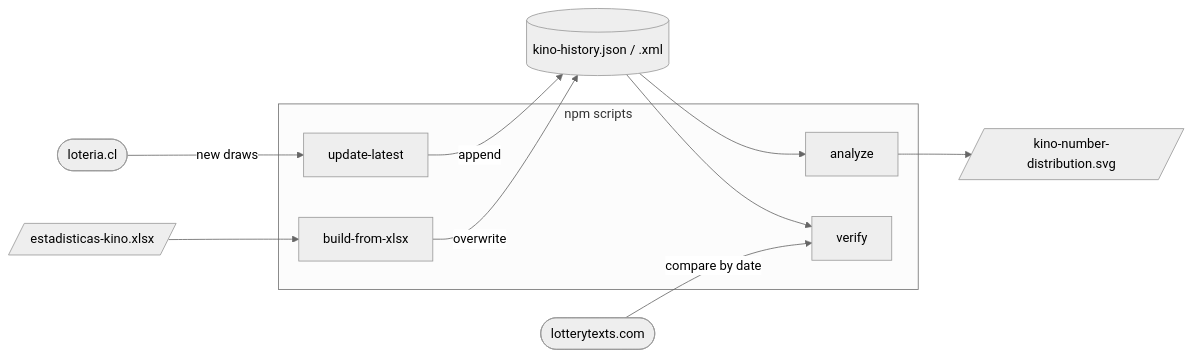
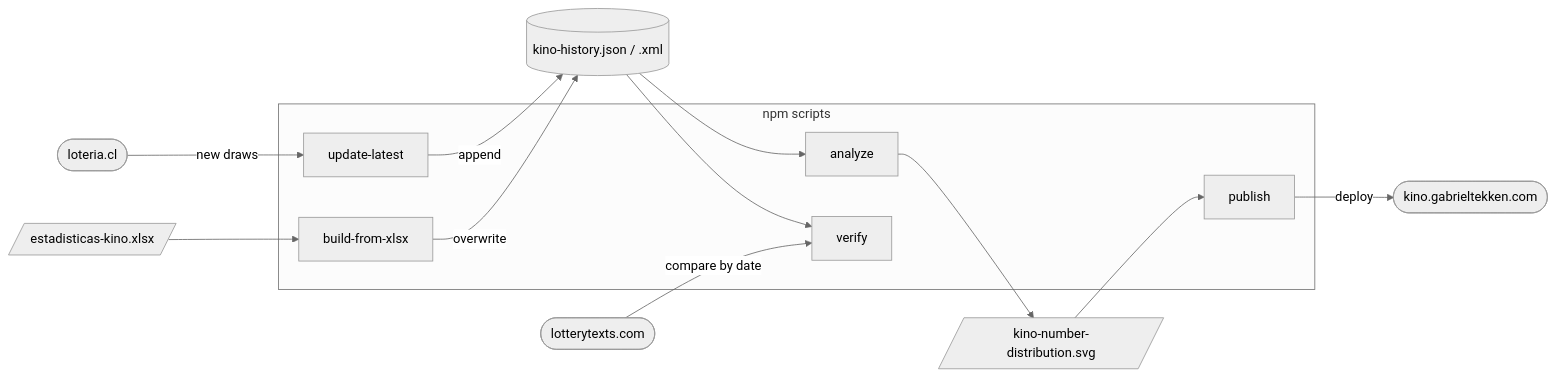
Before and after one commit to gaaguile/Kino2026: the diagram in README.md, drawn with Mermaid. The commit also changed other lines of this file and 4 other files, not shown here.

````diff
--- a/README.md
+++ b/README.md
@@ -12,25 +12,30 @@
 ```mermaid
 %%{init: {'theme': 'neutral'}}%%
 flowchart LR
     loteria([loteria.cl])
     lotterytexts([lotterytexts.com])
     workbook[/estadisticas-kino.xlsx/]
     history[(kino-history.json / .xml)]
     chart[/kino-number-distribution.svg/]
+    web([kino.gabrieltekken.com])
 
     subgraph scripts [npm scripts]
         update[update-latest]
         build[build-from-xlsx]
         analyze[analyze]
         verify[verify]
+        publish[publish]
     end
+
+    chart --> publish
+    publish -->|deploy| web
 
     loteria -->|new draws| update
     workbook --> build
     update -->|append| history
     build -->|overwrite| history
     history --> analyze
     analyze --> chart
     history --> verify
     lotterytexts -->|compare by date| verify
 ```
````
